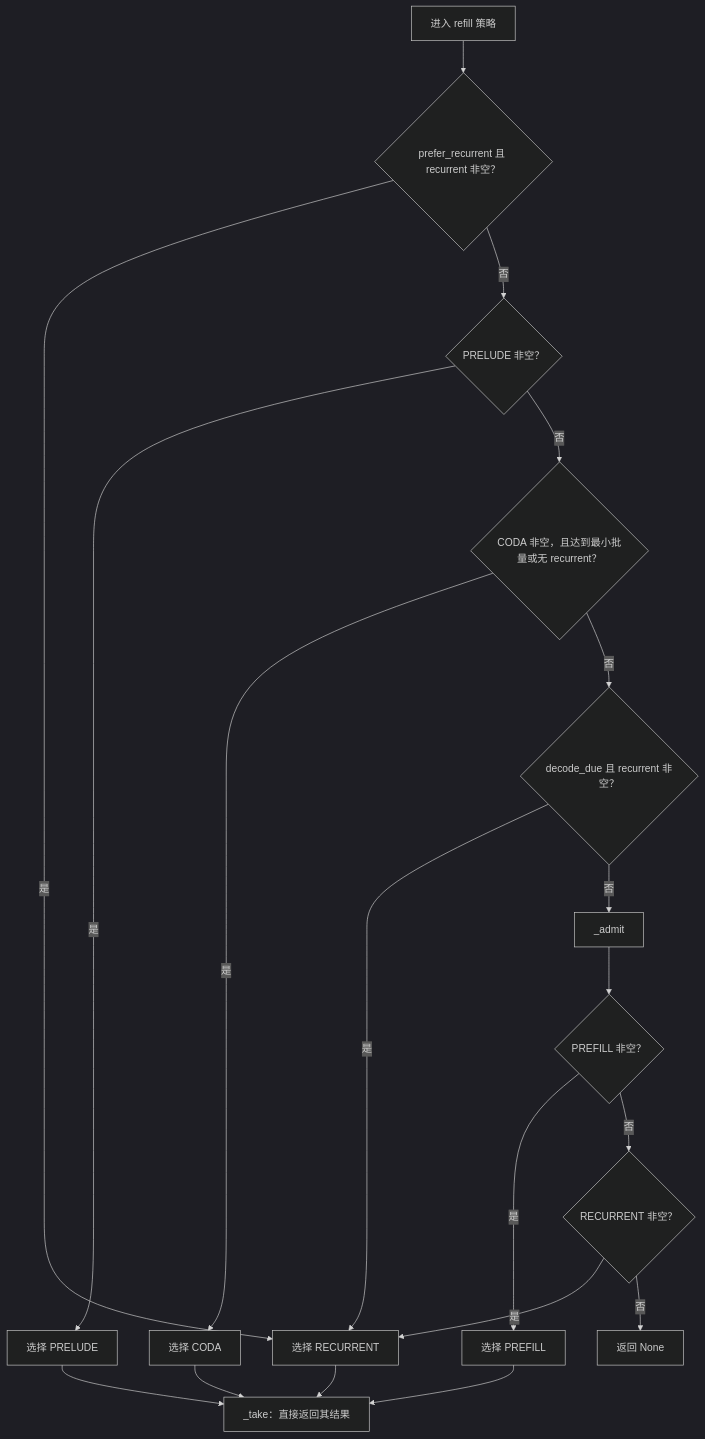
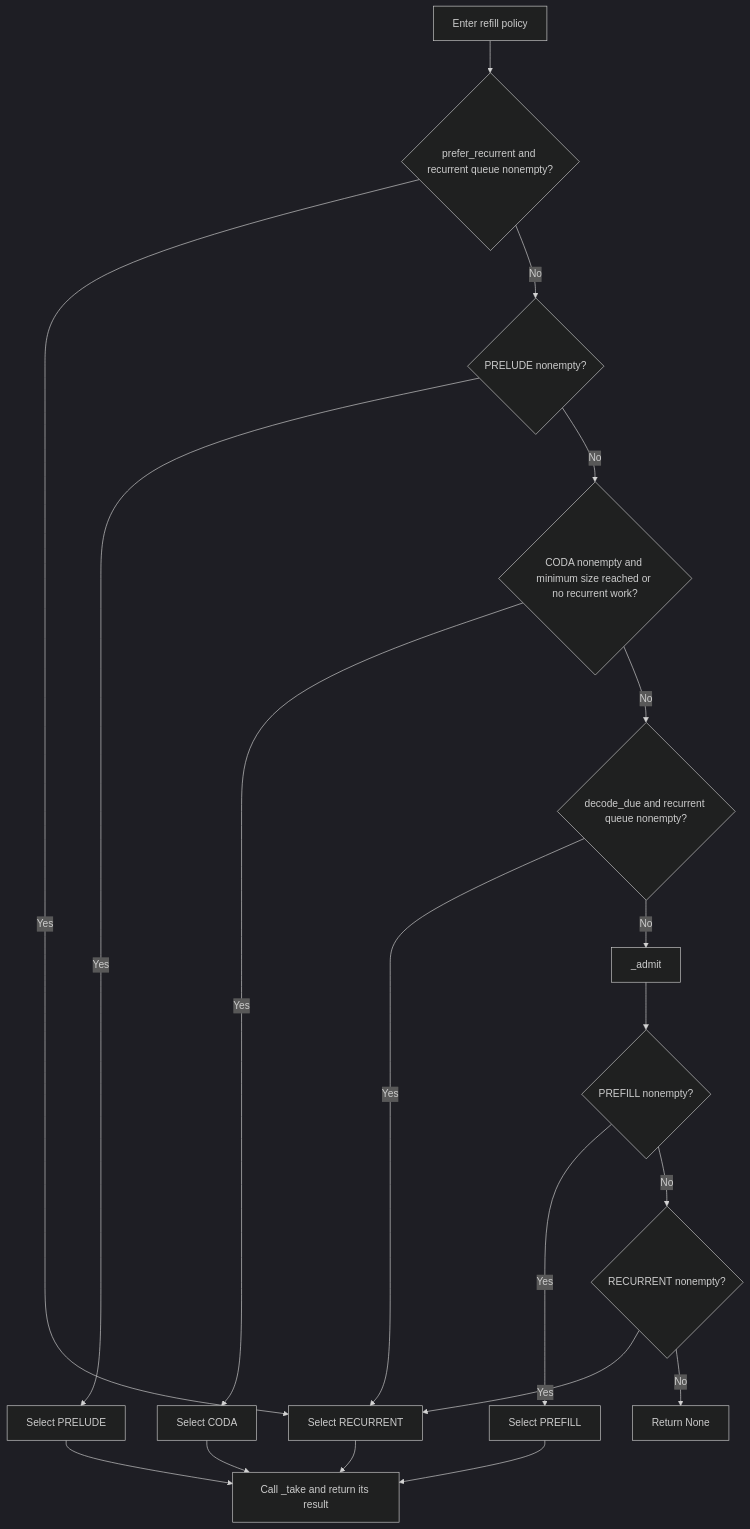
Before and after one commit to 0z5a/vllm-rlt: the second of 5 diagrams in docs/scheduler_walkthrough.md, drawn with Mermaid (dark theme). The commit also changed other lines of this file and 2 other files, not shown here.

````diff
--- a/docs/scheduler_walkthrough.md
+++ b/docs/scheduler_walkthrough.md
@@ -193,21 +195,21 @@
 ```mermaid
 flowchart TD
-    A["进入 refill 策略"] --> C{"prefer_recurrent 且 recurrent 非空？"}
-    C -- 是 --> R["选择 RECURRENT"]
-    C -- 否 --> D{"PRELUDE 非空？"}
-    D -- 是 --> P["选择 PRELUDE"]
-    D -- 否 --> E{"CODA 非空，且达到最小批量或无 recurrent？"}
-    E -- 是 --> O["选择 CODA"]
-    E -- 否 --> F{"decode_due 且 recurrent 非空？"}
-    F -- 是 --> R
-    F -- 否 --> G["_admit"]
-    G --> H{"PREFILL 非空？"}
-    H -- 是 --> I["选择 PREFILL"]
-    H -- 否 --> J{"RECURRENT 非空？"}
-    J -- 是 --> R
-    J -- 否 --> N["返回 None"]
-    R --> T["_take：直接返回其结果"]
+    A["Enter refill policy"] --> C{"prefer_recurrent and recurrent queue nonempty?"}
+    C -- Yes --> R["Select RECURRENT"]
+    C -- No --> D{"PRELUDE nonempty?"}
+    D -- Yes --> P["Select PRELUDE"]
+    D -- No --> E{"CODA nonempty and minimum size reached or no recurrent work?"}
+    E -- Yes --> O["Select CODA"]
+    E -- No --> F{"decode_due and recurrent queue nonempty?"}
+    F -- Yes --> R
+    F -- No --> G["_admit"]
+    G --> H{"PREFILL nonempty?"}
+    H -- Yes --> I["Select PREFILL"]
+    H -- No --> J{"RECURRENT nonempty?"}
+    J -- Yes --> R
+    J -- No --> N["Return None"]
+    R --> T["Call _take and return its result"]
     P --> T
     O --> T
     I --> T
 ```
````
